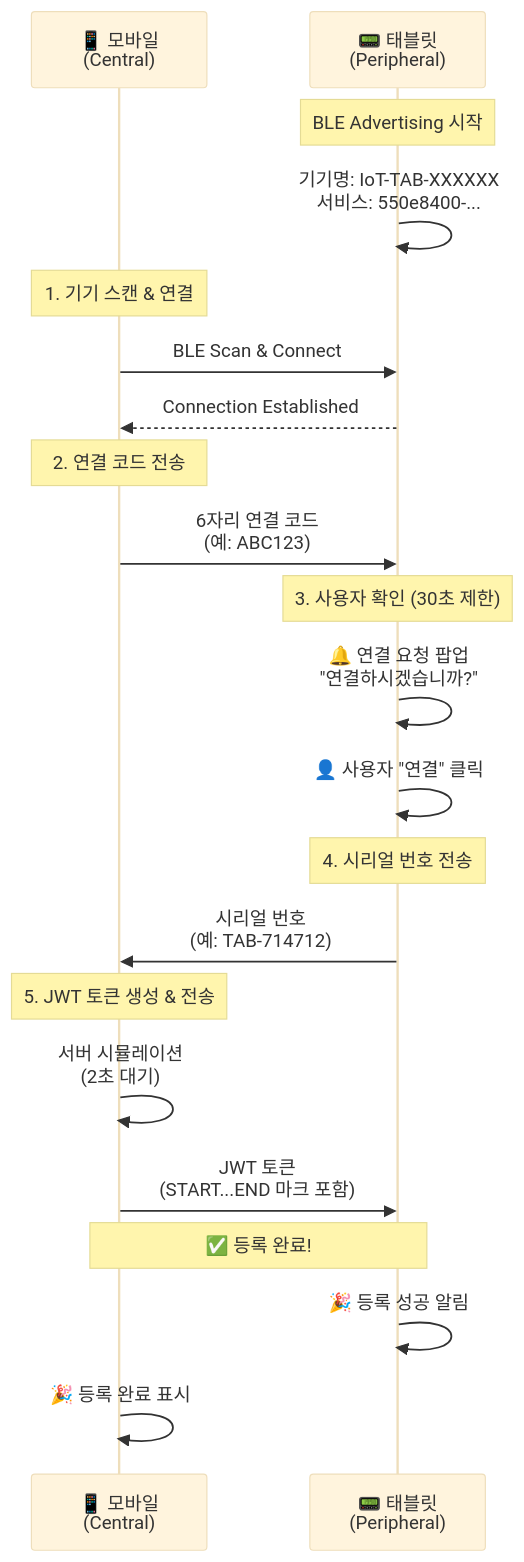
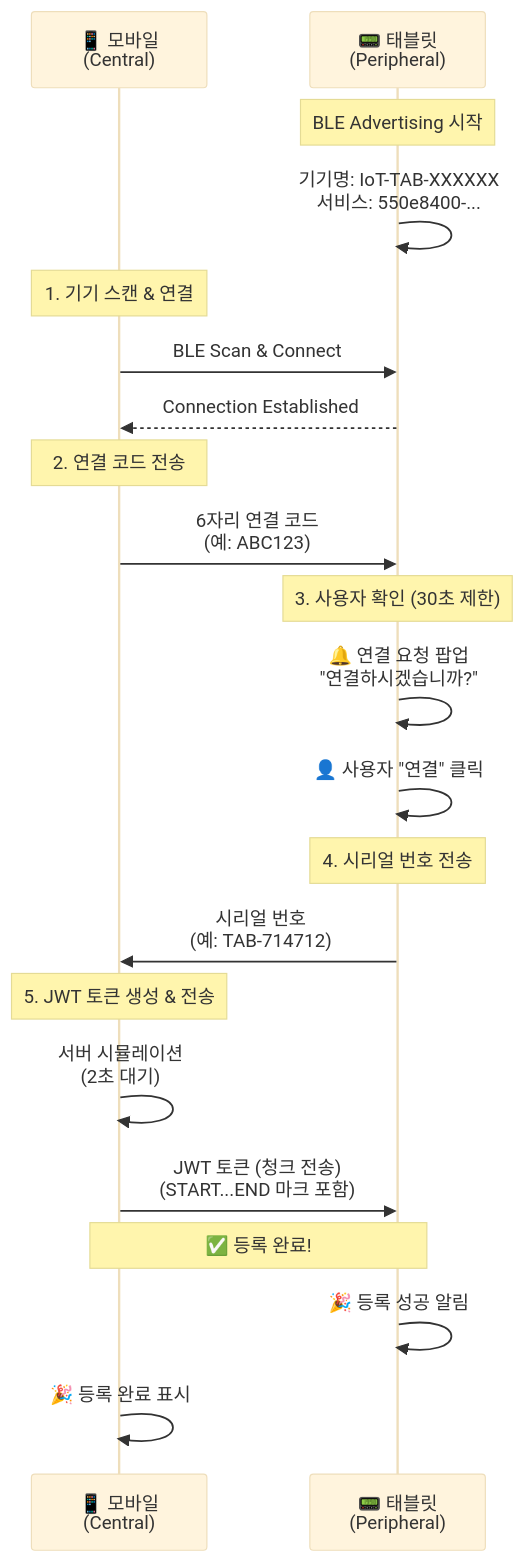
Before and after one commit to nathankim0/ble-transfer-example: the diagram in README.md, drawn with Mermaid (base theme). The commit also changed other lines of this file, not shown here.

````diff
--- a/README.md
+++ b/README.md
@@ -25,30 +28,30 @@
 ```mermaid
 sequenceDiagram
     participant M as 📱 모바일<br/>(Central)
     participant T as 📟 태블릿<br/>(Peripheral)
     
     Note over T: BLE Advertising 시작
     T->>T: 기기명: IoT-TAB-XXXXXX<br/>서비스: 550e8400-...
     
     Note over M: 1. 기기 스캔 & 연결
     M->>T: BLE Scan & Connect
     T-->>M: Connection Established
     
     Note over M: 2. 연결 코드 전송
     M->>T: 6자리 연결 코드<br/>(예: ABC123)
     
     Note over T: 3. 사용자 확인 (30초 제한)
     T->>T: 🔔 연결 요청 팝업<br/>"연결하시겠습니까?"
     T->>T: 👤 사용자 "연결" 클릭
     
     Note over T: 4. 시리얼 번호 전송
     T->>M: 시리얼 번호<br/>(예: TAB-714712)
     
     Note over M: 5. JWT 토큰 생성 & 전송
     M->>M: 서버 시뮬레이션<br/>(2초 대기)
-    M->>T: JWT 토큰<br/>(START...END 마크 포함)
+    M->>T: JWT 토큰 (청크 전송)<br/>(START...END 마크 포함)
     
     Note over T,M: ✅ 등록 완료!
     T->>T: 🎉 등록 성공 알림
     M->>M: 🎉 등록 완료 표시
 ```
````
